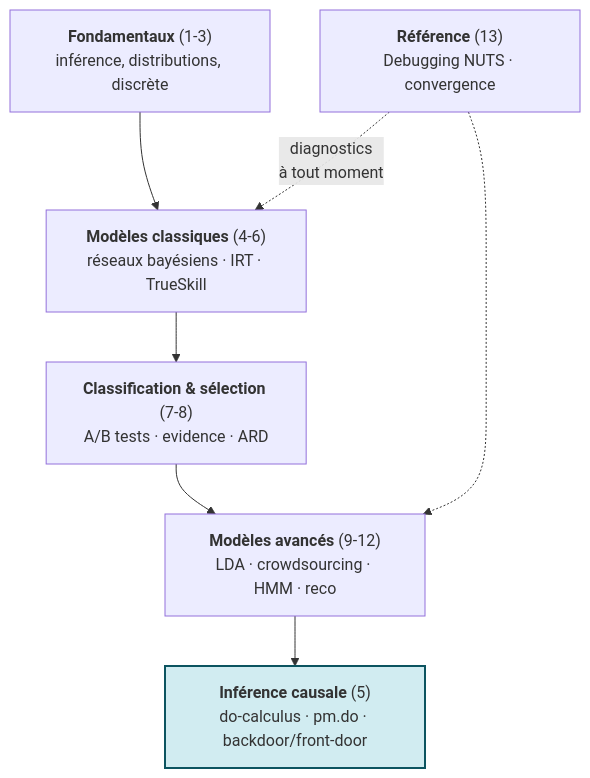
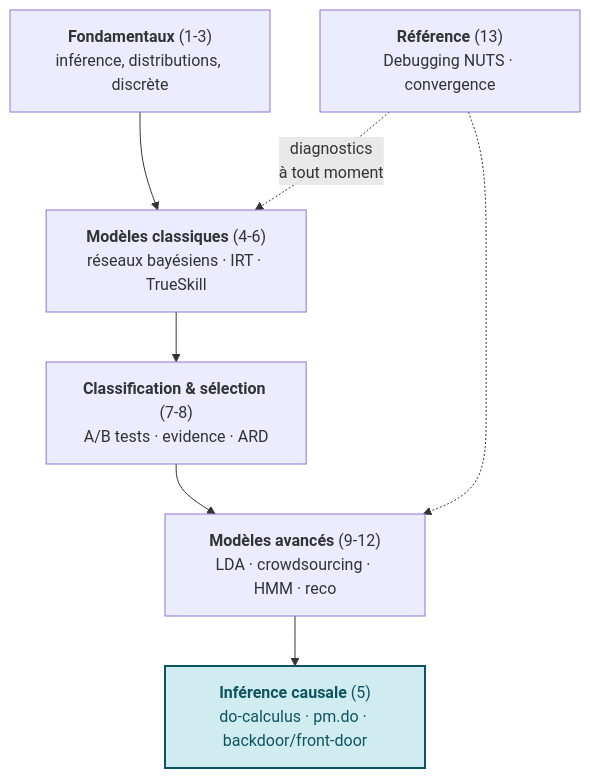
Before and after one commit to jsboige/CoursIA: the second of 2 diagrams in MyIA.AI.Notebooks/Probas/PyMC/README.md, drawn with Mermaid. The commit also changed 4 other files, not shown here.

First line of the commit message:
fix(docs,#15516): sweep mermaid fill-sans-color — famille Probas (5 READMEs, 5 règles)

````diff
--- a/MyIA.AI.Notebooks/Probas/PyMC/README.md
+++ b/MyIA.AI.Notebooks/Probas/PyMC/README.md
@@ -149,15 +149,16 @@
 ```mermaid
 flowchart TD
     P1["<b>Fondamentaux</b> (1-3)<br/>inférence, distributions, discrète"]
     P2["<b>Modèles classiques</b> (4-6)<br/>réseaux bayésiens · IRT · TrueSkill"]
     P3["<b>Classification & sélection</b> (7-8)<br/>A/B tests · evidence · ARD"]
     P4["<b>Modèles avancés</b> (9-12)<br/>LDA · crowdsourcing · HMM · reco"]
     P5["<b>Référence</b> (13)<br/>Debugging NUTS · convergence"]
     P6["<b>Inférence causale</b> (5)<br/>do-calculus · pm.do · backdoor/front-door"]
     P1 --> P2 --> P3 --> P4
     P4 --> P6
     P5 -.->|"diagnostics<br/>à tout moment"| P2
     P5 -.-> P4
-    classDef causal fill:#d1ecf1,stroke:#0c5460,stroke-width:2px;
+    %% color: explicite -- sans lui, libelle clair sur fond clair en mode sombre GitHub (#15022) ; ne pas harmoniser le ton avec le stroke (libelle sinon illisible)
+    classDef causal fill:#d1ecf1,stroke:#0c5460,stroke-width:2px,color:#0c5460;
     class P6 causal;
 ```
````
